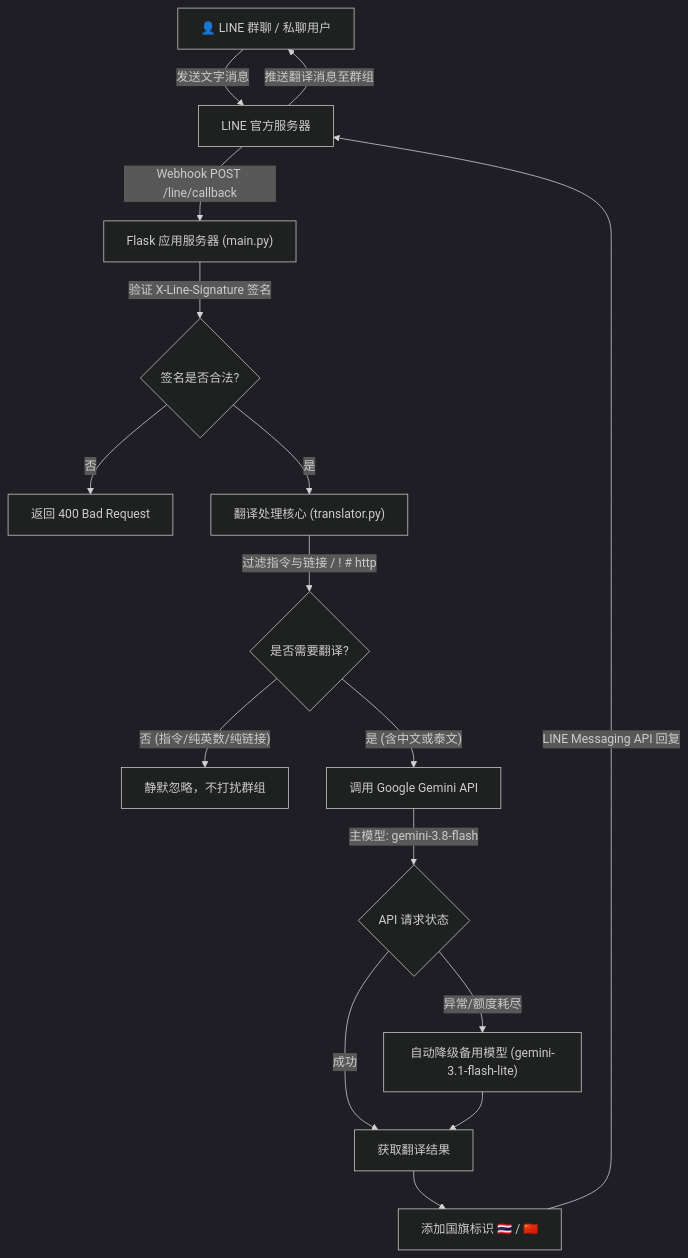
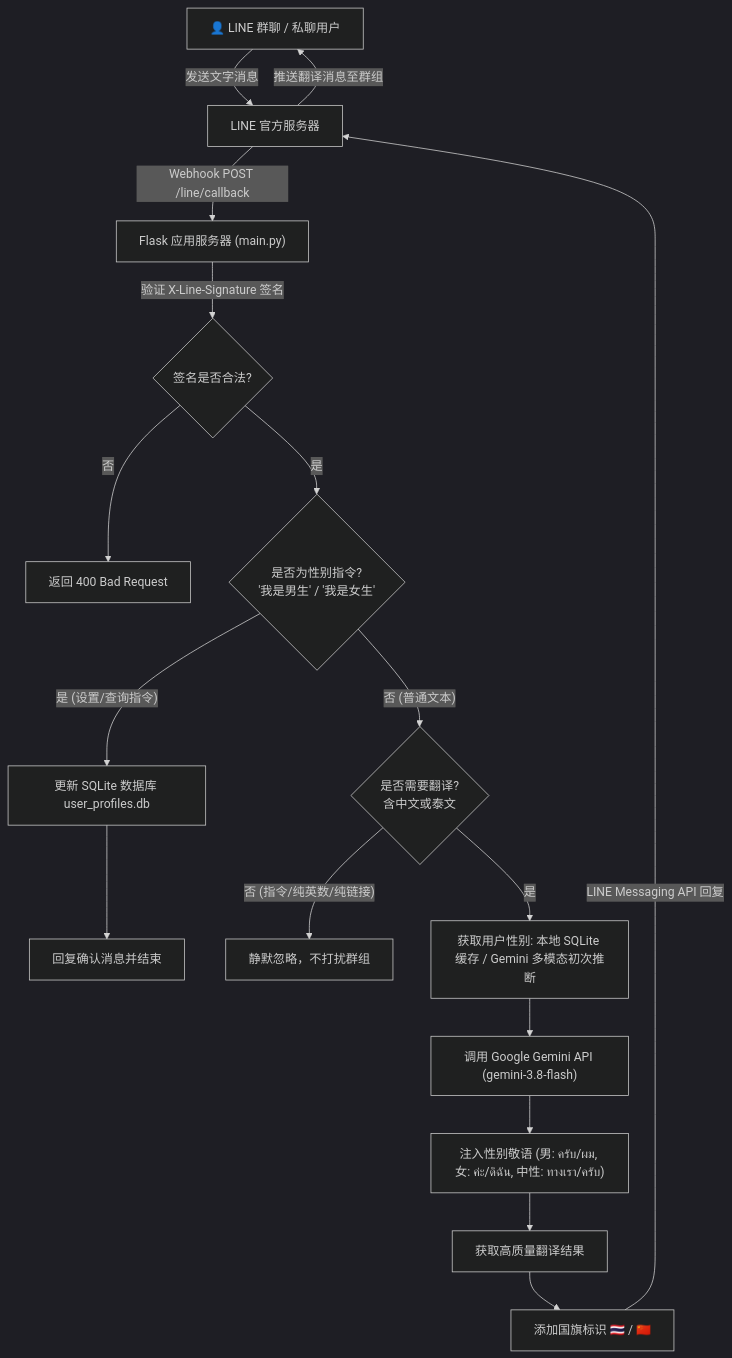
One commit to maccelectronic/macc-line-translate-bot changed the diagram in README.md. Above: the diagram before and after it, drawn with Mermaid (dark theme). The commit also changed other lines of this file and 6 other files, not shown here.

````diff
--- a/README.md
+++ b/README.md
@@ -29,20 +30,22 @@
 ```mermaid
 flowchart TD
     A[👤 LINE 群聊 / 私聊用户] -->|发送文字消息| B[LINE 官方服务器]
     B -->|Webhook POST /line/callback| C["Flask 应用服务器 (main.py)"]
     C -->|验证 X-Line-Signature 签名| D{签名是否合法?}
     D -- 否 --> E[返回 400 Bad Request]
-    D -- 是 --> F["翻译处理核心 (translator.py)"]
+    D -- 是 --> F{是否为性别指令?\n'我是男生' / '我是女生'}
 
-    F -->|过滤指令与链接 / ! # http| G{是否需要翻译?}
-    G -- 否 (指令/纯英数/纯链接) --> H[静默忽略，不打扰群组]
-    G -- 是 (含中文或泰文) --> I["调用 Google Gemini API"]
+    F -- 是 (设置/查询指令) --> G[更新 SQLite 数据库 user_profiles.db]
+    G --> H[回复确认消息并结束]
 
-    I -->|主模型: gemini-3.8-flash| J{API 请求状态}
-    J -- 成功 --> K[获取翻译结果]
-    J -- 异常/额度耗尽 --> L["自动降级备用模型 (gemini-3.1-flash-lite)"] --> K
+    F -- 否 (普通文本) --> I{是否需要翻译?\n含中文或泰文}
+    I -- 否 (指令/纯英数/纯链接) --> J[静默忽略，不打扰群组]
+    I -- 是 --> K[获取用户性别: 本地 SQLite 缓存 / Gemini 多模态初次推断]
 
-    K --> M[添加国旗标识 🇹🇭 / 🇨🇳]
-    M -->|LINE Messaging API 回复| B
+    K --> L["调用 Google Gemini API (gemini-3.8-flash)"]
+    L --> M["注入性别敬语 (男: ครับ/ผม, 女: ค่ะ/ดิฉัน, 中性: ทางเรา/ครับ)"]
+    M --> N[获取高质量翻译结果]
+    N --> O[添加国旗标识 🇹🇭 / 🇨🇳]
+    O -->|LINE Messaging API 回复| B
     B -->|推送翻译消息至群组| A
 ```
````
